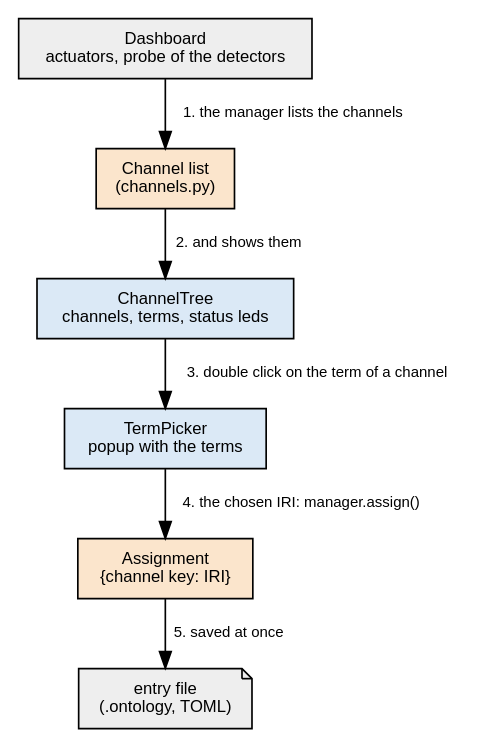
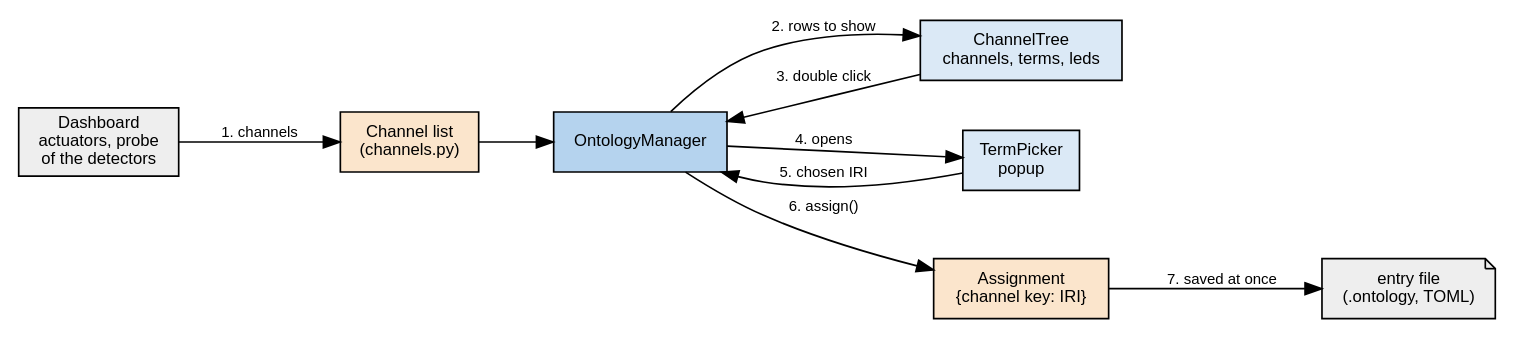
The second of 5 diagrams in docs/src/developer_folder/ontology_manager.rst (PyMoDAQ/PyMoDAQ), drawn with Graphviz before and after one commit. The commit also changed other lines of this file, not shown here.

Commit message:
docs: horizontal diagrams for reading the ontology and for assigning a term
Claude-Session: https://claude.ai/code/session_01RKuN81mHyjs9x4DB6NLuNY

```diff
--- a/docs/src/developer_folder/ontology_manager.rst
+++ b/docs/src/developer_folder/ontology_manager.rst
@@ -124,18 +120,22 @@
 .. graphviz::
    :caption: From the instruments of the Dashboard to the entry file
 
    digraph assigning {
-     rankdir=TB; nodesep=0.5; ranksep=0.45; node [shape=box, fontname="Helvetica", fontsize=10, style=filled];
+     rankdir=LR; nodesep=0.4; ranksep=0.6; node [shape=box, fontname="Helvetica", fontsize=10, style=filled];
      edge [fontname="Helvetica", fontsize=9];
-     dash [label="Dashboard\nactuators, probe of the detectors", fillcolor="#eeeeee"];
+     dash [label="Dashboard\nactuators, probe\nof the detectors", fillcolor="#eeeeee"];
      chan [label="Channel list\n(channels.py)", fillcolor="#fbe5cc"];
-     tree [label="ChannelTree\nchannels, terms, status leds", fillcolor="#dbe9f6"];
-     picker [label="TermPicker\npopup with the terms", fillcolor="#dbe9f6"];
+     mgr [label="OntologyManager", fillcolor="#b5d3ee"];
+     tree [label="ChannelTree\nchannels, terms, leds", fillcolor="#dbe9f6"];
+     picker [label="TermPicker\npopup", fillcolor="#dbe9f6"];
      assign [label="Assignment\n{channel key: IRI}", fillcolor="#fbe5cc"];
      entry [label="entry file\n(.ontology, TOML)", shape=note, fillcolor="#eeeeee"];
-     dash -> chan [label="1. the manager lists the channels"];
-     chan -> tree [label="2. and shows them"];
-     tree -> picker [label="3. double click on the term of a channel"];
-     picker -> assign [label="4. the chosen IRI: manager.assign()"];
-     assign -> entry [label="5. saved at once"];
+     dash -> chan [label="1. channels"];
+     chan -> mgr;
+     mgr -> tree [label="2. rows to show"];
+     tree -> mgr [label="3. double click"];
+     mgr -> picker [label="4. opens"];
+     picker -> mgr [label="5. chosen IRI"];
+     mgr -> assign [label="6. assign()"];
+     assign -> entry [label="7. saved at once"];
    }
```
